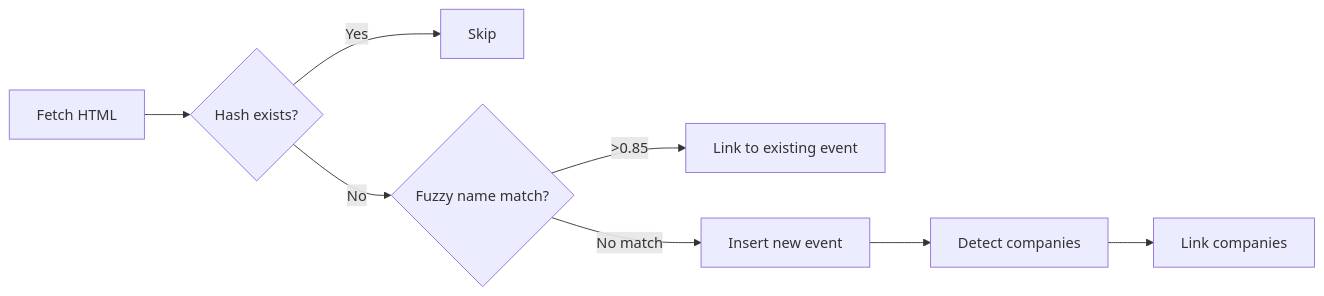
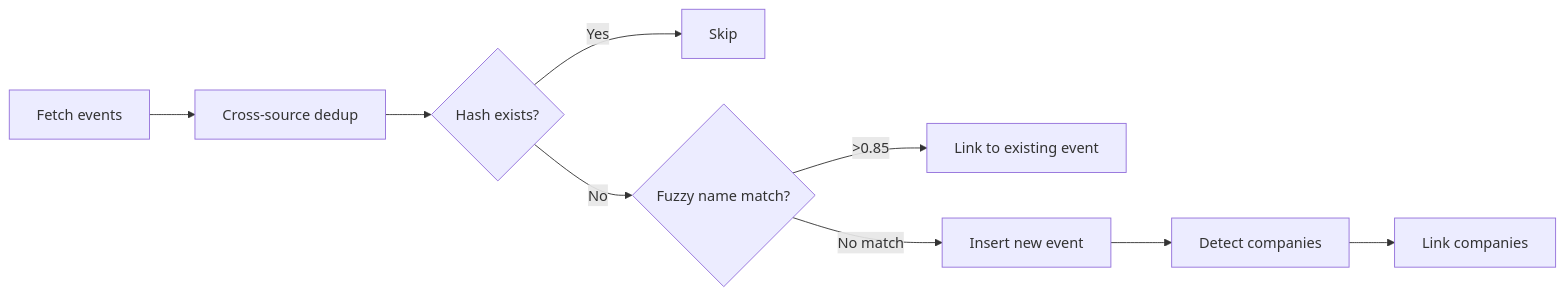
The second of 3 diagrams in services/crawler/README.md (undeemed/ratemyhackathons), drawn with Mermaid before and after one commit. The commit also changed other lines of this file and 51 other files, not shown here.

````diff
--- a/services/crawler/README.md
+++ b/services/crawler/README.md
@@ -68,10 +72,11 @@
 ```mermaid
 flowchart LR
-    A[Fetch HTML] --> B{Hash exists?}
+    A[Fetch events] --> X[Cross-source dedup]
+    X --> B{Hash exists?}
     B -->|Yes| C[Skip]
     B -->|No| D{Fuzzy name match?}
     D -->|>0.85| E[Link to existing event]
     D -->|No match| F[Insert new event]
     F --> G[Detect companies]
     G --> H[Link companies]
 ```
````
